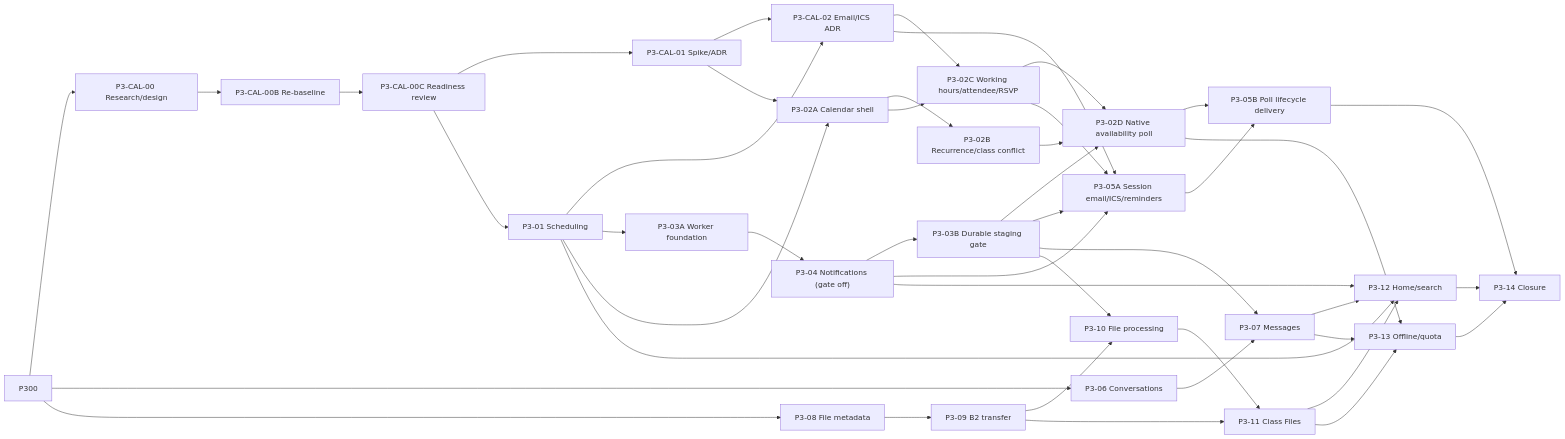
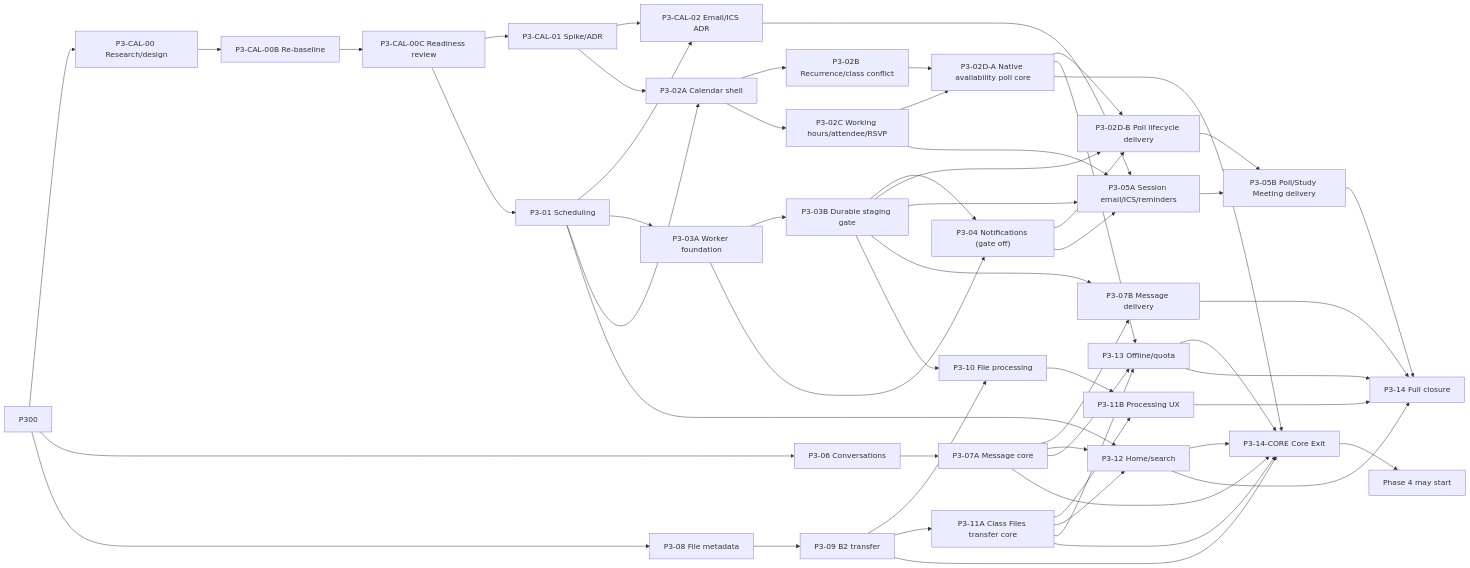
Before and after one commit to basangnguyen/TUTORHUB_WEB: the diagram in docs/PHASE_3_BACKLOG.md, drawn with Mermaid. The commit also changed other lines of this file and 6 other files, not shown here.

Commit message:
docs: rebaseline phase 3 core exit and carry-over

````diff
--- a/docs/PHASE_3_BACKLOG.md
+++ b/docs/PHASE_3_BACKLOG.md
@@ -124,46 +133,58 @@
 ```mermaid
 flowchart LR
     P300 --> PC00["P3-CAL-00 Research/design"]
     PC00 --> PC00B["P3-CAL-00B Re-baseline"]
     PC00B --> PC00C["P3-CAL-00C Readiness review"]
     PC00C --> PC01["P3-CAL-01 Spike/ADR"]
     PC00C --> P301["P3-01 Scheduling"]
     PC01 --> PC02["P3-CAL-02 Email/ICS ADR"]
     P301 --> PC02
     P301 --> P303A["P3-03A Worker foundation"]
+    P303A --> P303B["P3-03B Durable staging gate"]
     P300 --> P306["P3-06 Conversations"]
     P300 --> P308["P3-08 File metadata"]
     P301 --> P302A["P3-02A Calendar shell"]
     PC01 --> P302A
     P302A --> P302B["P3-02B Recurrence/class conflict"]
     P302A --> P302C["P3-02C Working hours/attendee/RSVP"]
-    PC02 --> P302C
-    P302B --> P302D["P3-02D Native availability poll"]
-    P302C --> P302D
+    P302B --> P302DA["P3-02D-A Native availability poll core"]
+    P302C --> P302DA
     P303A --> P304["P3-04 Notifications (gate off)"]
-    P304 --> P303B["P3-03B Durable staging gate"]
-    P303B --> P302D
+    P303B --> P304
+    P302DA --> P302DB["P3-02D-B Poll lifecycle delivery"]
+    P303B --> P302DB
+    P304 --> P302DB
     P302C --> P305A["P3-05A Session email/ICS/reminders"]
     PC02 --> P305A
     P303B --> P305A
     P304 --> P305A
-    P302D --> P305B["P3-05B Poll lifecycle delivery"]
+    P302DB --> P305B["P3-05B Poll/Study Meeting delivery"]
     P305A --> P305B
-    P306 --> P307["P3-07 Messages"]
-    P303B --> P307
+    P306 --> P307A["P3-07A Message core"]
+    P303B --> P307B["P3-07B Message delivery"]
+    P307A --> P307B
     P308 --> P309["P3-09 B2 transfer"]
     P309 --> P310["P3-10 File processing"]
     P303B --> P310
-    P309 --> P311["P3-11 Class Files"]
-    P310 --> P311
+    P309 --> P311A["P3-11A Class Files transfer core"]
+    P310 --> P311B["P3-11B Processing UX"]
+    P311A --> P311B
     P301 --> P312["P3-12 Home/search"]
-    P304 --> P312
-    P307 --> P312
-    P311 --> P312
-    P302D --> P313["P3-13 Offline/quota"]
-    P307 --> P313
-    P311 --> P313
-    P305B --> P314["P3-14 Closure"]
+    P307A --> P312
+    P311A --> P312
+    P302DA --> P313["P3-13 Offline/quota"]
+    P307A --> P313
+    P311A --> P313
+    P302DA --> P314C["P3-14-CORE Core Exit"]
+    P307A --> P314C
+    P309 --> P314C
+    P311A --> P314C
+    P312 --> P314C
+    P313 --> P314C
+    P314C --> P4["Phase 4 may start"]
+    P305B --> P314["P3-14 Full closure"]
+    P307B --> P314
+    P311B --> P314
     P312 --> P314
     P313 --> P314
 ```
````
